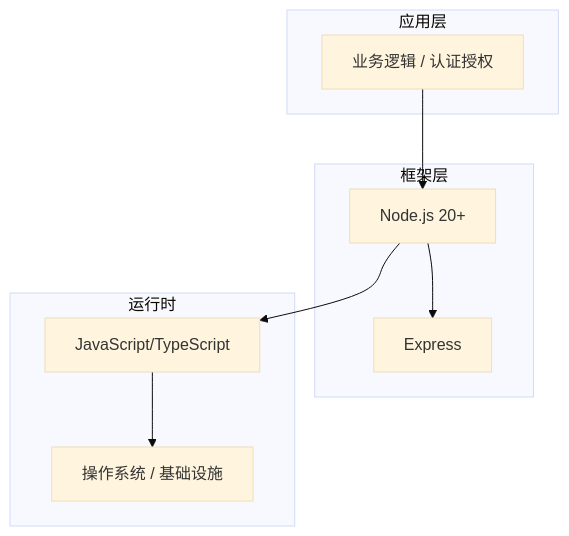
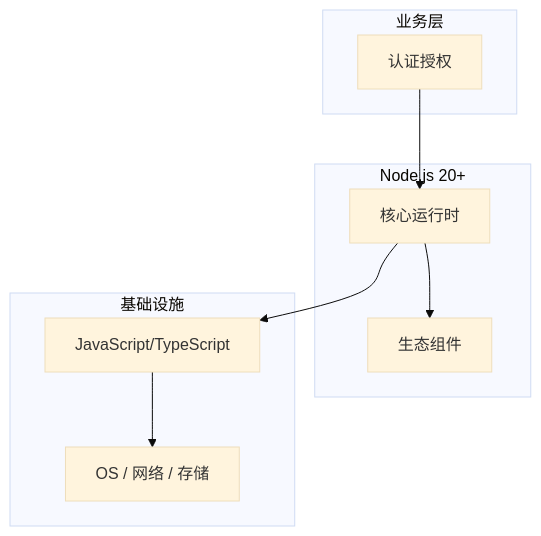
One commit to yanggan2015/knowledge-json-v2 changed the diagram in articles/Node.js/chapters/079-认证授权核心概念与原理.md. Above: the diagram before and after it, drawn with Mermaid (base theme). The commit also changed other lines of this file and 10127 other files, not shown here.

````diff
--- a/articles/Node.js/chapters/079-认证授权核心概念与原理.md
+++ b/articles/Node.js/chapters/079-认证授权核心概念与原理.md
@@ -45,18 +34,18 @@
 ```mermaid
 graph TB
-    subgraph 应用层
-        A[业务逻辑 / 认证授权]
+    subgraph 业务层
+        A[认证授权]
     end
-    subgraph 框架层
-        B[Node.js 20+]
-        C[Express]
+    subgraph Node.js 20+
+        B[核心运行时]
+        C[生态组件]
     end
-    subgraph 运行时
+    subgraph 基础设施
         D[JavaScript/TypeScript]
-        E[操作系统 / 基础设施]
+        E[OS / 网络 / 存储]
     end
     A --> B
     B --> C
     B --> D
     D --> E
 ```
````
